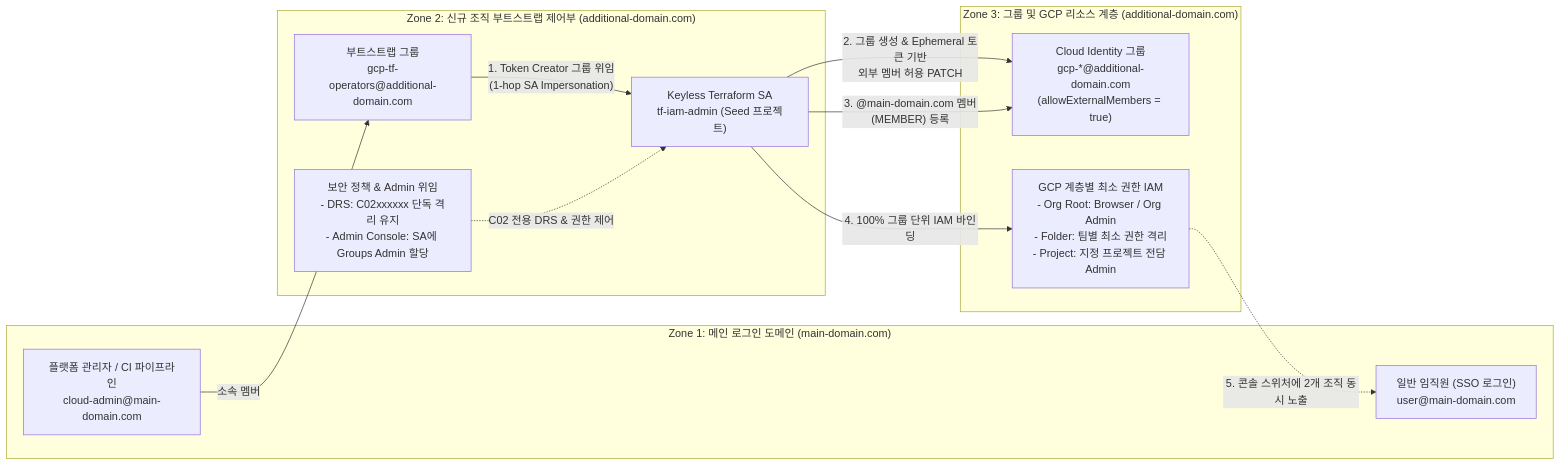
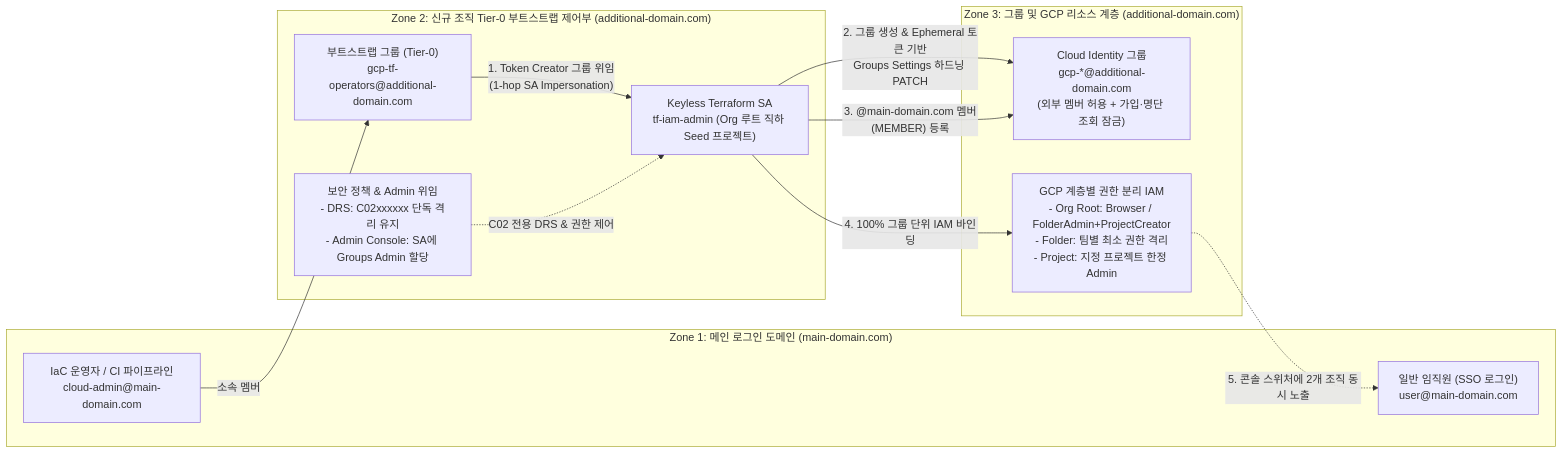
The first of 2 diagrams in iam/multi-org-group-iam/README.md (rom2019/gcp-sandbox), drawn with Mermaid before and after one commit. The commit also changed other lines of this file and 5 other files, not shown here.

Commit message:
fix(iam/multi-org-group-iam): enforce Tier-0 separation and harden Groups Settings PATCH

````diff
--- a/iam/multi-org-group-iam/README.md
+++ b/iam/multi-org-group-iam/README.md
@@ -24,26 +24,26 @@
 ```mermaid
 flowchart LR
     subgraph Zone1["Zone 1: 메인 로그인 도메인 (main-domain.com)"]
         User["일반 임직원 (SSO 로그인)\nuser@main-domain.com"]
-        Admin["플랫폼 관리자 / CI 파이프라인\ncloud-admin@main-domain.com"]
+        Admin["IaC 운영자 / CI 파이프라인\ncloud-admin@main-domain.com"]
     end
 
-    subgraph Zone2["Zone 2: 신규 조직 부트스트랩 제어부 (additional-domain.com)"]
-        OpGroup["부트스트랩 그룹\ngcp-tf-operators@additional-domain.com"]
-        SA["Keyless Terraform SA\ntf-iam-admin (Seed 프로젝트)"]
+    subgraph Zone2["Zone 2: 신규 조직 Tier-0 부트스트랩 제어부 (additional-domain.com)"]
+        OpGroup["부트스트랩 그룹 (Tier-0)\ngcp-tf-operators@additional-domain.com"]
+        SA["Keyless Terraform SA\ntf-iam-admin (Org 루트 직하 Seed 프로젝트)"]
         Policy["보안 정책 & Admin 위임\n- DRS: C02xxxxxx 단독 격리 유지\n- Admin Console: SA에 Groups Admin 할당"]
     end
 
     subgraph Zone3["Zone 3: 그룹 및 GCP 리소스 계층 (additional-domain.com)"]
-        CIG["Cloud Identity 그룹\ngcp-*@additional-domain.com\n(allowExternalMembers = true)"]
-        OrgIAM["GCP 계층별 최소 권한 IAM\n- Org Root: Browser / Org Admin\n- Folder: 팀별 최소 권한 격리\n- Project: 지정 프로젝트 전담 Admin"]
+        CIG["Cloud Identity 그룹\ngcp-*@additional-domain.com\n(외부 멤버 허용 + 가입·명단 조회 잠금)"]
+        OrgIAM["GCP 계층별 권한 분리 IAM\n- Org Root: Browser / FolderAdmin+ProjectCreator\n- Folder: 팀별 최소 권한 격리\n- Project: 지정 프로젝트 한정 Admin"]
     end
 
     Admin -->|"소속 멤버"| OpGroup
     OpGroup -->|"1. Token Creator 그룹 위임\n(1-hop SA Impersonation)"| SA
     Policy -.->|"C02 전용 DRS & 권한 제어"| SA
-    SA -->|"2. 그룹 생성 & Ephemeral 토큰 기반\n외부 멤버 허용 PATCH"| CIG
+    SA -->|"2. 그룹 생성 & Ephemeral 토큰 기반\nGroups Settings 하드닝 PATCH"| CIG
     SA -->|"3. @main-domain.com 멤버(MEMBER) 등록"| CIG
     SA -->|"4. 100% 그룹 단위 IAM 바인딩"| OrgIAM
     OrgIAM -.->|"5. 콘솔 스위처에 2개 조직 동시 노출"| User
 ```
````
